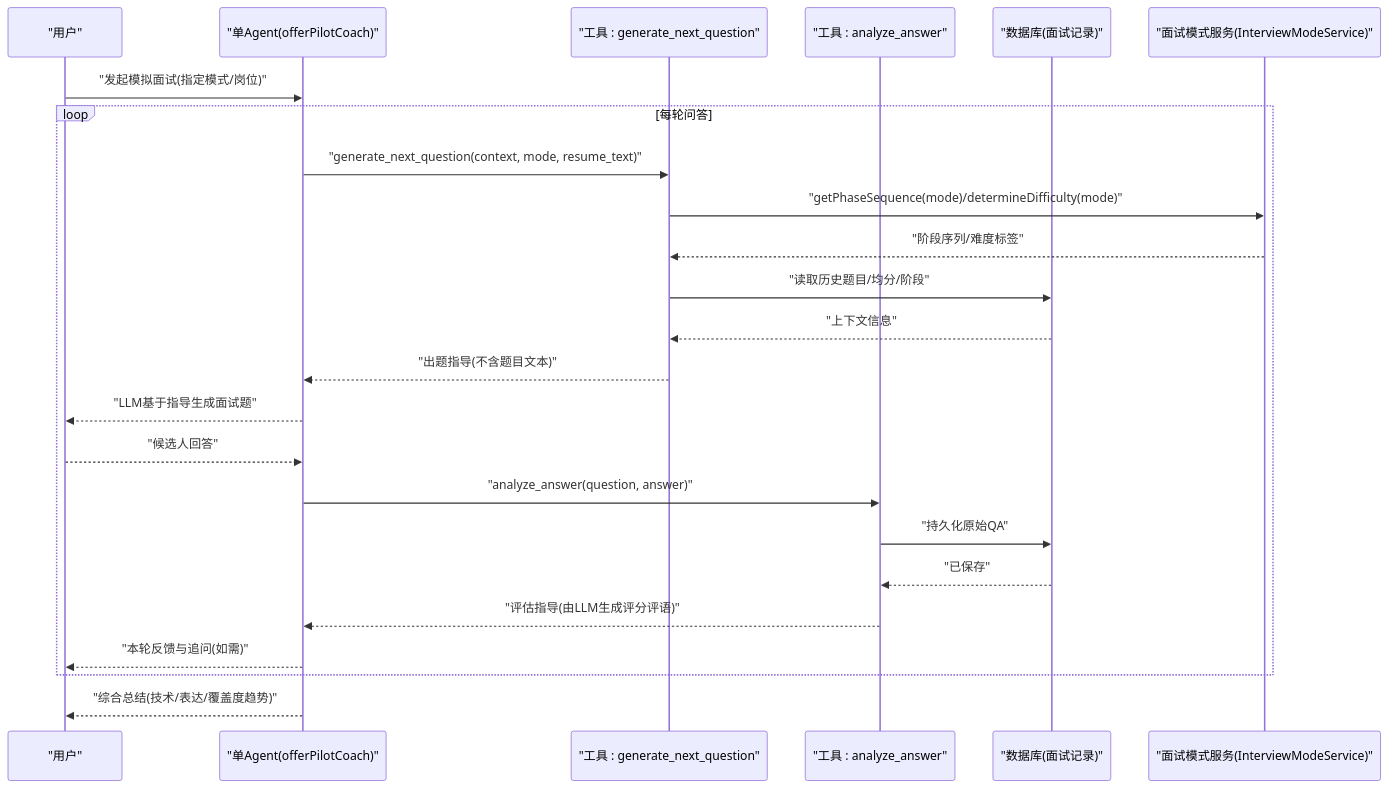
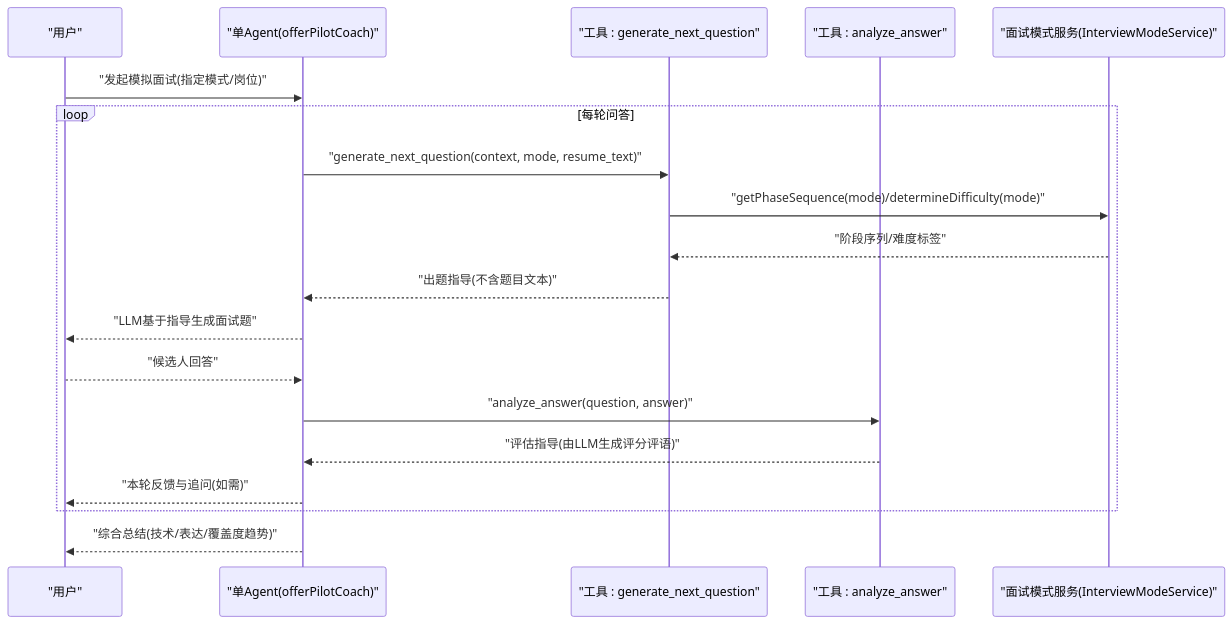
One commit to Miss-zhi/OfferPilot changed the second of 5 diagrams in .qoder/repowiki/zh/content/六大核心求职环节 Agent 交互时序.md. Above: the diagram before and after it, drawn with Mermaid. The commit also changed other lines of this file and 28 other files, not shown here.

````diff
--- a/.qoder/repowiki/zh/content/六大核心求职环节 Agent 交互时序.md
+++ b/.qoder/repowiki/zh/content/六大核心求职环节 Agent 交互时序.md
@@ -64,26 +63,21 @@
 ```mermaid
 sequenceDiagram
 participant U as "用户"
 participant A as "单Agent(offerPilotCoach)"
 participant TQ as "工具 : generate_next_question"
 participant TA as "工具 : analyze_answer"
-participant DB as "数据库(面试记录)"
 participant IMS as "面试模式服务(InterviewModeService)"
 U->>A : "发起模拟面试(指定模式/岗位)"
 loop 每轮问答
 A->>TQ : "generate_next_question(context, mode, resume_text)"
 TQ->>IMS : "getPhaseSequence(mode)/determineDifficulty(mode)"
 IMS-->>TQ : "阶段序列/难度标签"
-TQ->>DB : "读取历史题目/均分/阶段"
-DB-->>TQ : "上下文信息"
 TQ-->>A : "出题指导(不含题目文本)"
 A-->>U : "LLM基于指导生成面试题"
 U-->>A : "候选人回答"
 A->>TA : "analyze_answer(question, answer)"
-TA->>DB : "持久化原始QA"
-DB-->>TA : "已保存"
 TA-->>A : "评估指导(由LLM生成评分评语)"
 A-->>U : "本轮反馈与追问(如需)"
 end
 A-->>U : "综合总结(技术/表达/覆盖度趋势)"
 ```
````
